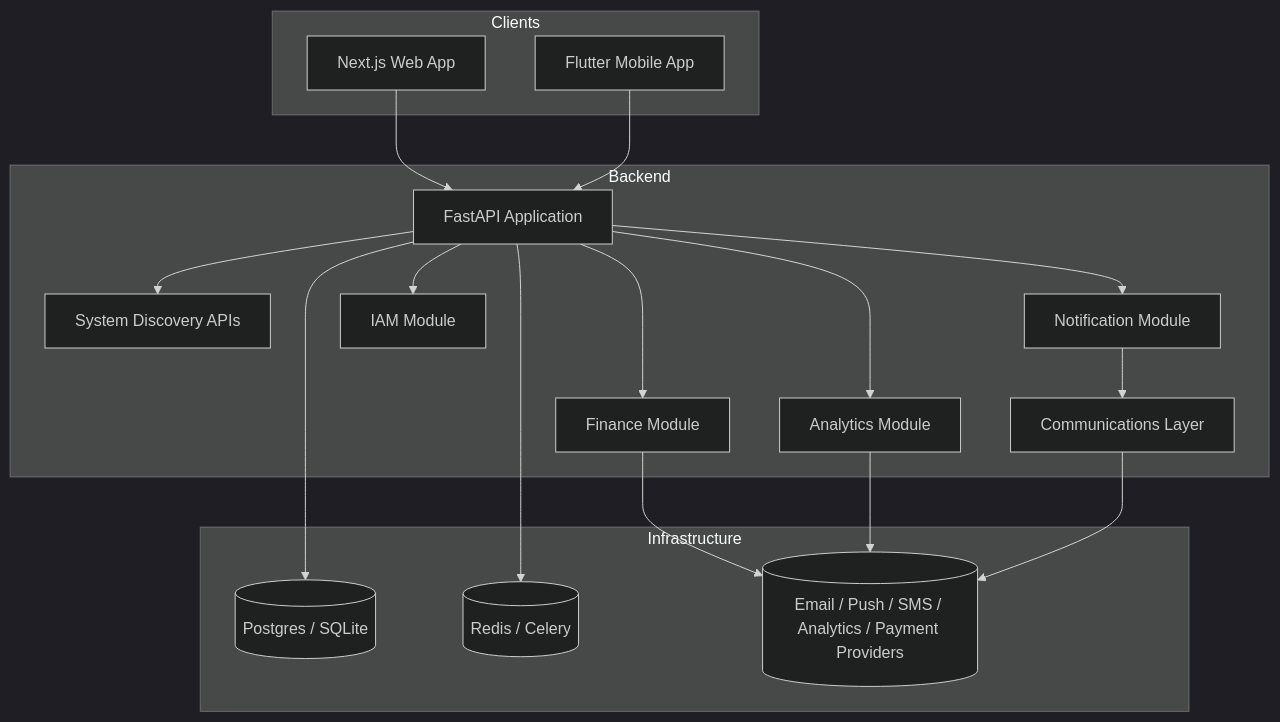
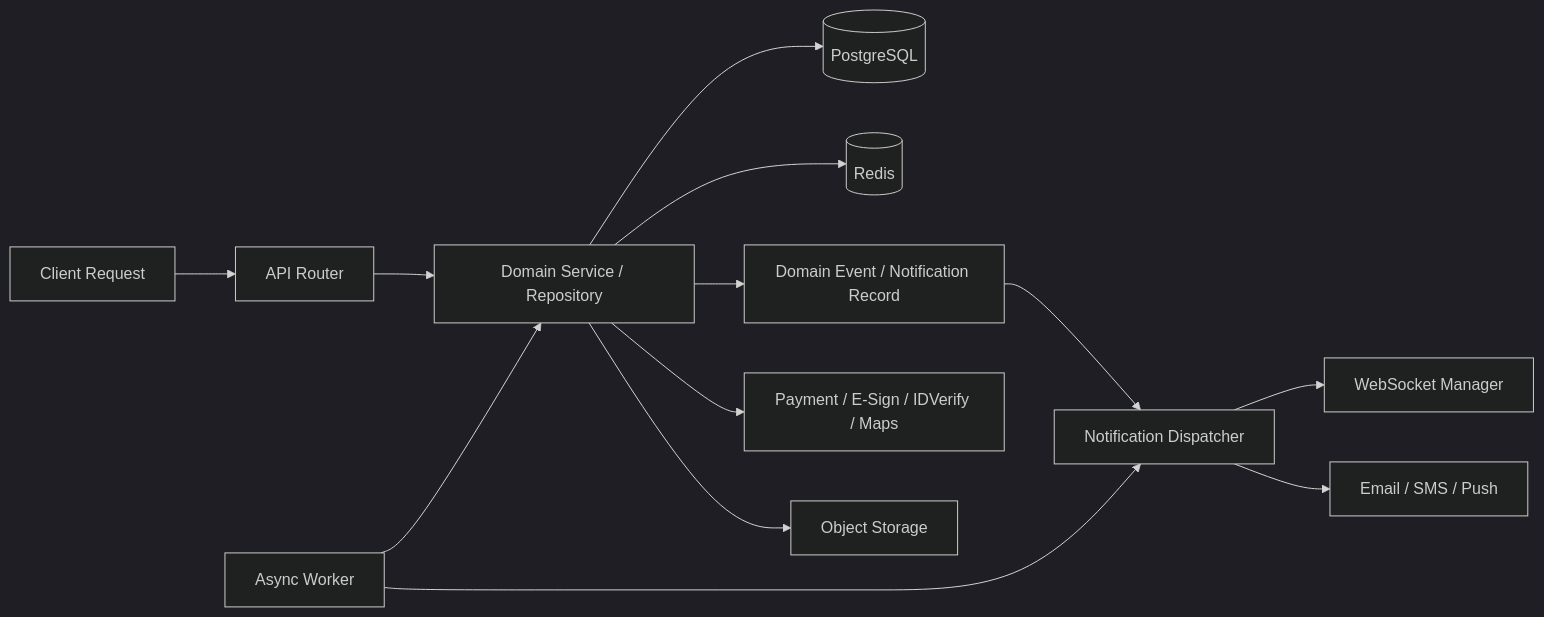
One commit to 0Ankit0/meroghar changed the second of 2 diagrams in docs/high-level-design/architecture-diagram.md. Above: the diagram before and after it, drawn with Mermaid (dark theme). The commit also changed other lines of this file and 4 other files, not shown here.

````diff
--- a/docs/high-level-design/architecture-diagram.md
+++ b/docs/high-level-design/architecture-diagram.md
@@ -3,37 +113,17 @@
 ```mermaid
-flowchart TB
-  subgraph Clients
-    Web[Next.js Web App]
-    Mobile[Flutter Mobile App]
-  end
+graph LR
+    Client[Client Request] --> API[API Router]
+    API --> Domain[Domain Service / Repository]
+    Domain --> DB[(PostgreSQL)]
+    Domain --> Redis[(Redis)]
 
-  subgraph Backend
-    API[FastAPI Application]
-    System[System Discovery APIs]
-    Notify[Notification Module]
-    Finance[Finance Module]
-    IAM[IAM Module]
-    Analytics[Analytics Module]
-    Comms[Communications Layer]
-  end
+    Domain --> Event[Domain Event / Notification Record]
+    Event --> Notify[Notification Dispatcher]
+    Notify --> WS[WebSocket Manager]
+    Notify --> Msg[Email / SMS / Push]
 
-  subgraph Infrastructure
-    DB[(Postgres / SQLite)]
-    Redis[(Redis / Celery)]
-    Providers[(Email / Push / SMS / Analytics / Payment Providers)]
-  end
-
-  Web --> API
-  Mobile --> API
-  API --> System
-  API --> Notify
-  API --> Finance
-  API --> IAM
-  API --> Analytics
-  Notify --> Comms
-  Finance --> Providers
-  Analytics --> Providers
-  Comms --> Providers
-  API --> DB
-  API --> Redis
+    Domain --> External[Payment / E-Sign / IDVerify / Maps]
+    Domain --> Storage[Object Storage]
+    Worker[Async Worker] --> Domain
+    Worker --> Notify
 ```
````
